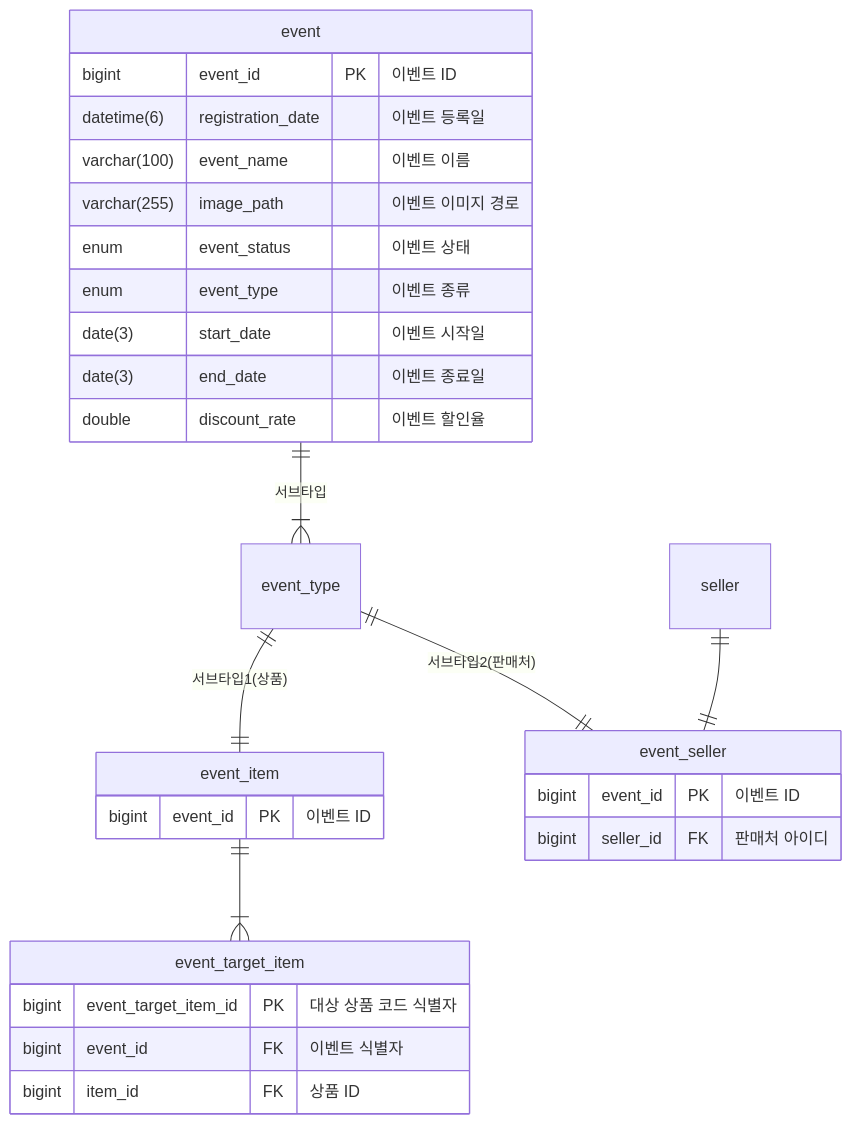
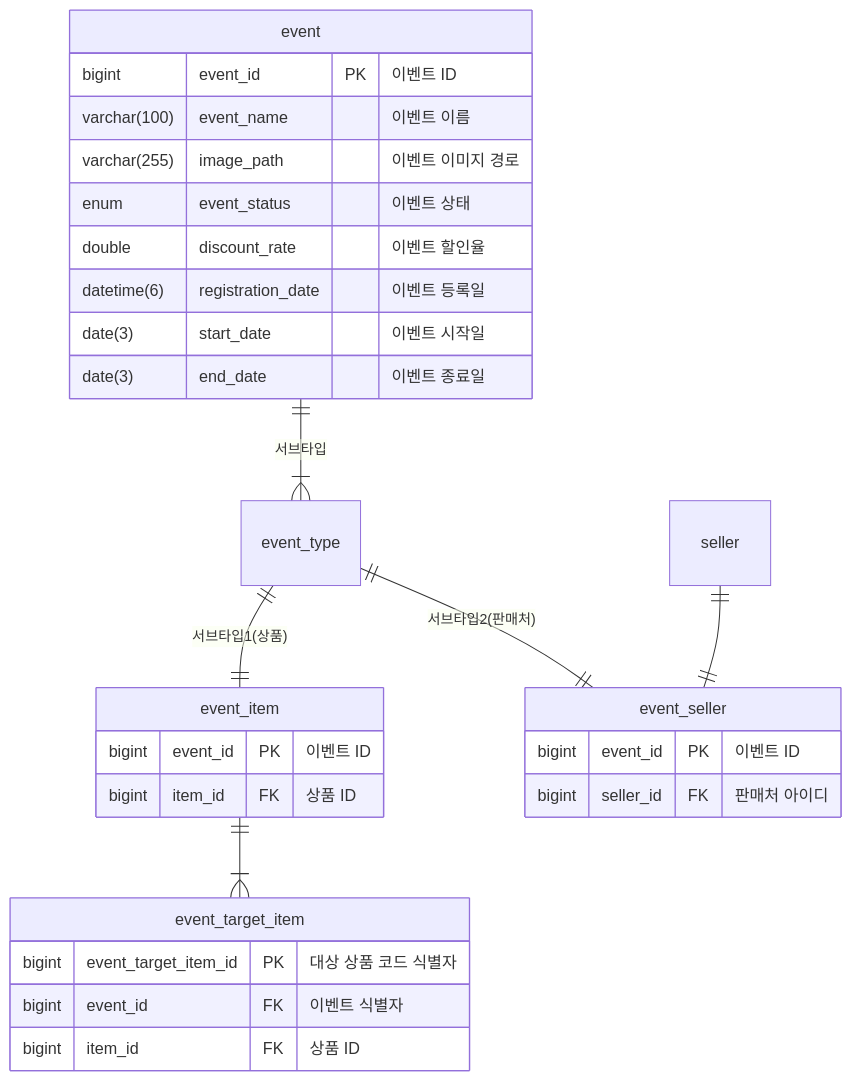
Before and after one commit to kea-dpang/docs: the eighth of 9 diagrams in Erd.md, drawn with Mermaid. The commit also changed other lines of this file and 3 other files, not shown here.

````diff
--- a/Erd.md
+++ b/Erd.md
@@ -342,36 +345,36 @@
 ```mermaid
 erDiagram
     event {
         bigint event_id PK "이벤트 ID"
-        datetime(6) registration_date "이벤트 등록일"
         varchar(100) event_name "이벤트 이름"
         varchar(255) image_path "이벤트 이미지 경로"
         enum event_status "이벤트 상태"
-        enum event_type "이벤트 종류"
+        double discount_rate "이벤트 할인율"
+        datetime(6) registration_date "이벤트 등록일"
         date(3) start_date "이벤트 시작일"
         date(3) end_date "이벤트 종료일"
-        double discount_rate "이벤트 할인율"
     }
 
     event_item {
         bigint event_id PK "이벤트 ID"
+        bigint item_id FK "상품 ID"
     }
 
     event_seller {
         bigint event_id PK "이벤트 ID"
         bigint seller_id FK "판매처 아이디"
     }
 
     event_target_item {
         bigint event_target_item_id PK "대상 상품 코드 식별자"
         bigint event_id FK "이벤트 식별자"
         bigint item_id FK "상품 ID"
     }
 
     event ||--|{ event_type: "서브타입"
     event_type ||--|| event_item: "서브타입1(상품)"
     event_type ||--|| event_seller: "서브타입2(판매처)"
     event_item ||--|{ event_target_item: ""
     seller ||--|| event_seller: ""
 
 ```
````
